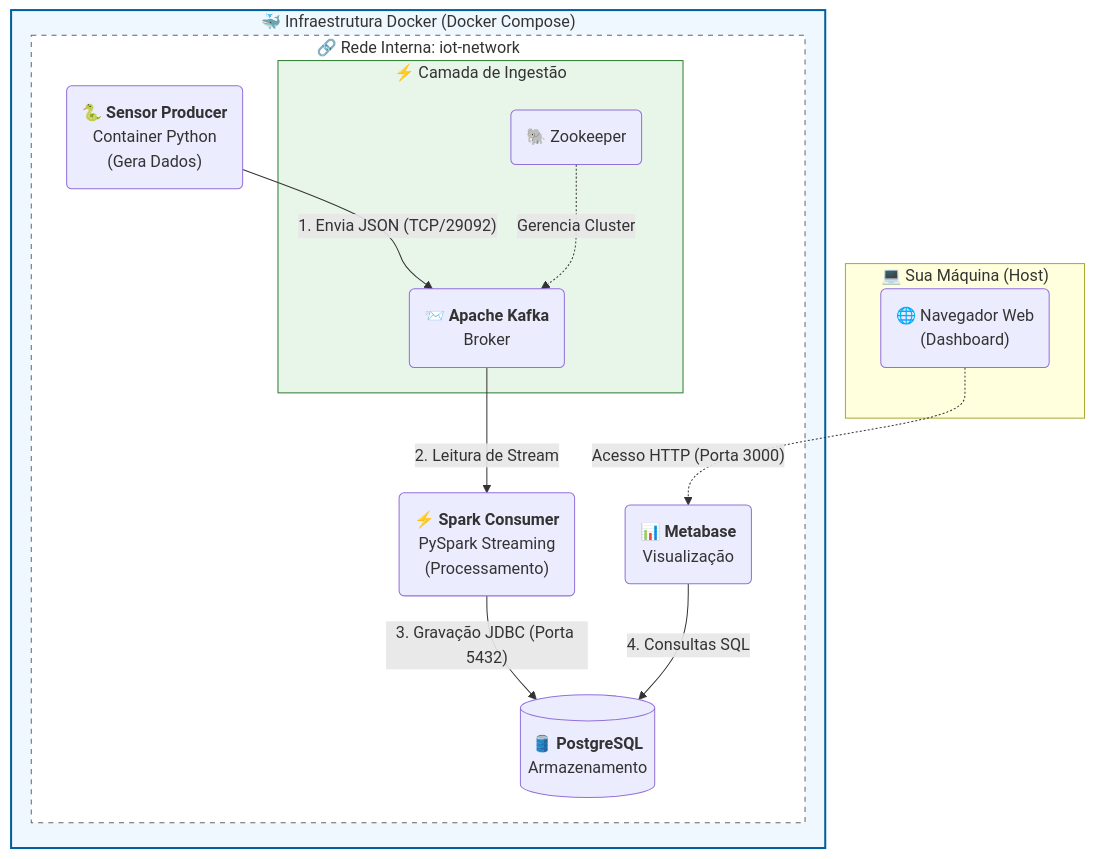
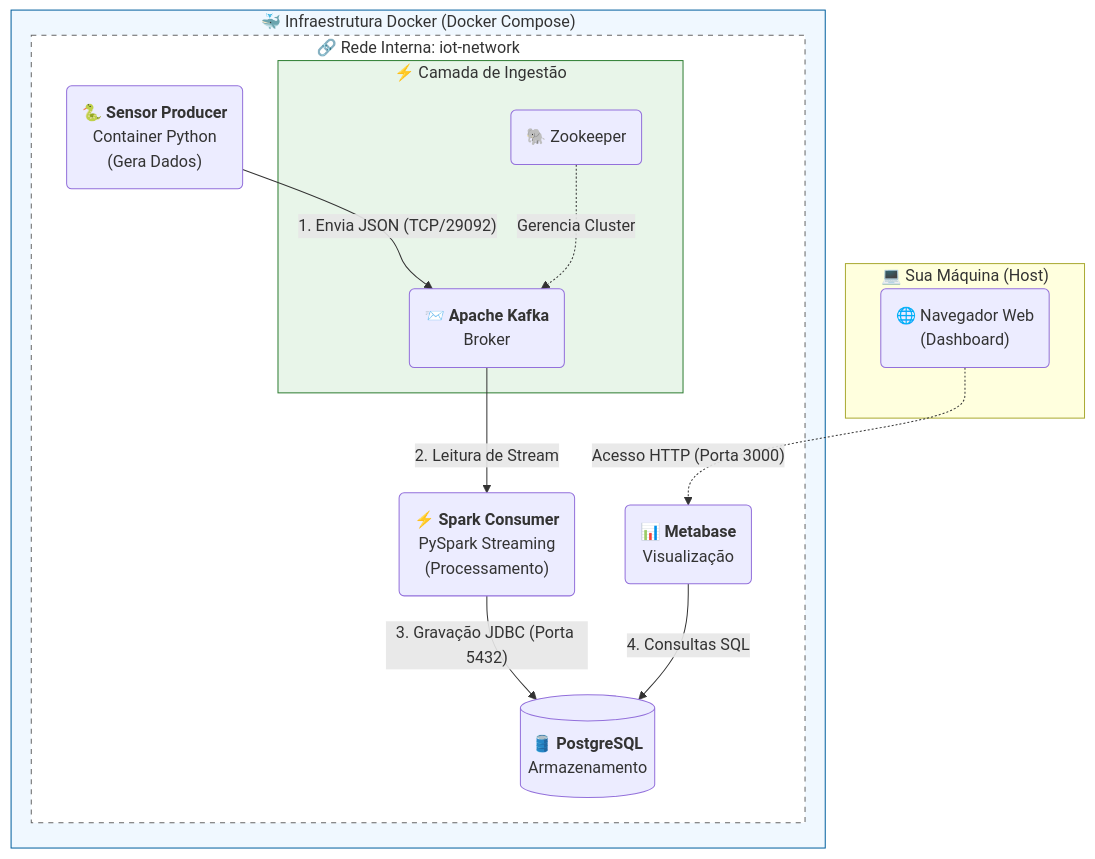
The diagram in README.md (LucasAntves/case-iot-docker), drawn with Mermaid before and after one commit. The commit also changed other lines of this file, not shown here.

````diff
--- a/README.md
+++ b/README.md
@@ -13,38 +13,38 @@
 ```mermaid
 graph TD
     subgraph Host ["💻 Sua Máquina (Host)"]
         Browser("🌐 Navegador Web<br/>(Dashboard)")
     end
 
     subgraph Docker ["🐳 Infraestrutura Docker (Docker Compose)"]
-        style Docker fill:#f0f8ff,stroke:#005f9e,stroke-width:2px
+        style Docker fill:#f0f8ff,stroke:#005f9e,stroke-width:2pxb
         
         subgraph Network ["🔗 Rede Interna: iot-network"]
             style Network fill:#fff,stroke:#666,stroke-dasharray: 5 5
             
             Producer("🐍 <b>Sensor Producer</b><br/>Container Python<br/>(Gera Dados)")
             
             subgraph Streaming ["⚡ Camada de Ingestão"]
                 style Streaming fill:#e8f5e9,stroke:#2e7d32
                 Zookeeper("🐘 Zookeeper")
                 Kafka("📨 <b>Apache Kafka</b><br/>Broker")
             end
             
             Spark("⚡ <b>Spark Consumer</b><br/>PySpark Streaming<br/>(Processamento)")
             
             Postgres[("🛢️ <b>PostgreSQL</b><br/>Armazenamento")]
             
             Metabase("📊 <b>Metabase</b><br/>Visualização")
         end
     end
 
     %% Conexões e Fluxos (TODOS CORRIGIDOS COM ASPAS)
     Producer -- "1. Envia JSON (TCP/29092)" --> Kafka
     Zookeeper -. "Gerencia Cluster" .-> Kafka
     Kafka -- "2. Leitura de Stream" --> Spark
     Spark -- "3. Gravação JDBC (Porta 5432)" --> Postgres
     Metabase -- "4. Consultas SQL" --> Postgres
     
     %% Acesso Externo (CORRIGIDO AQUI TAMBÉM)
     Browser -. "Acesso HTTP (Porta 3000)" .-> Metabase
 ```
````
